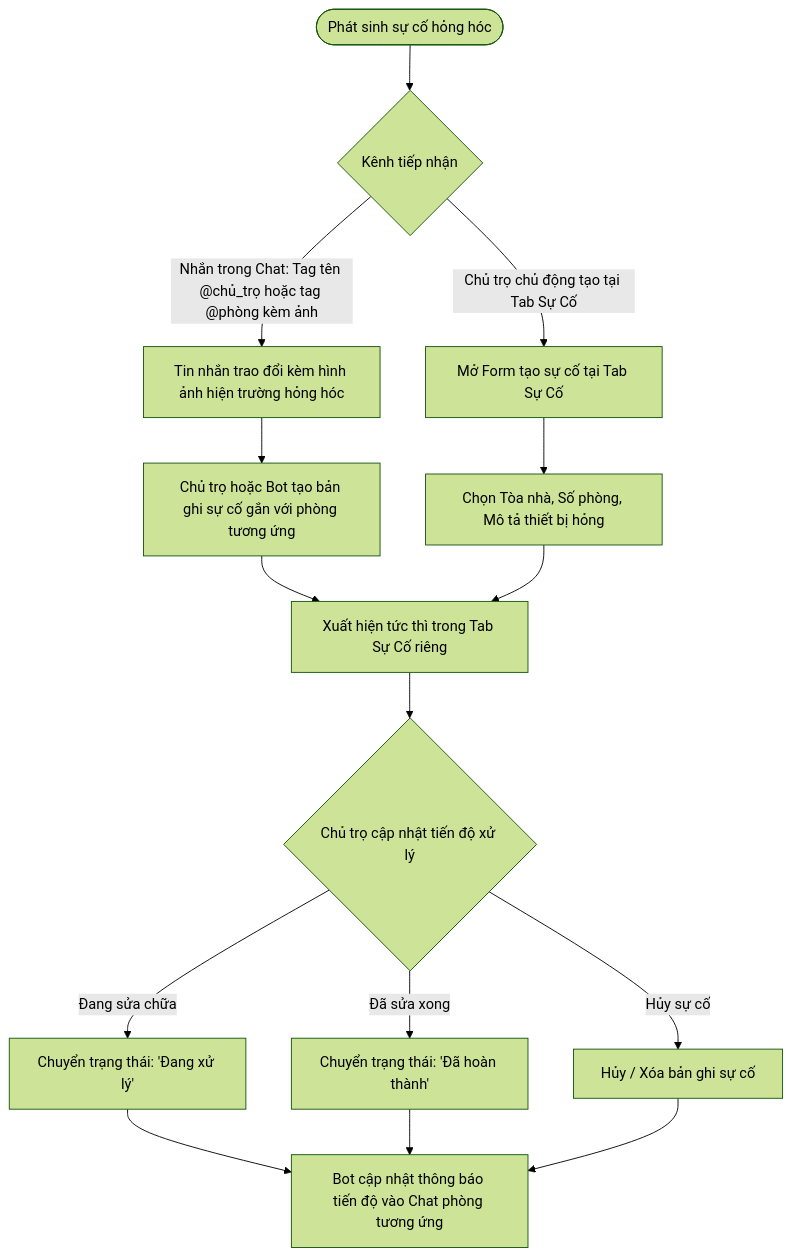
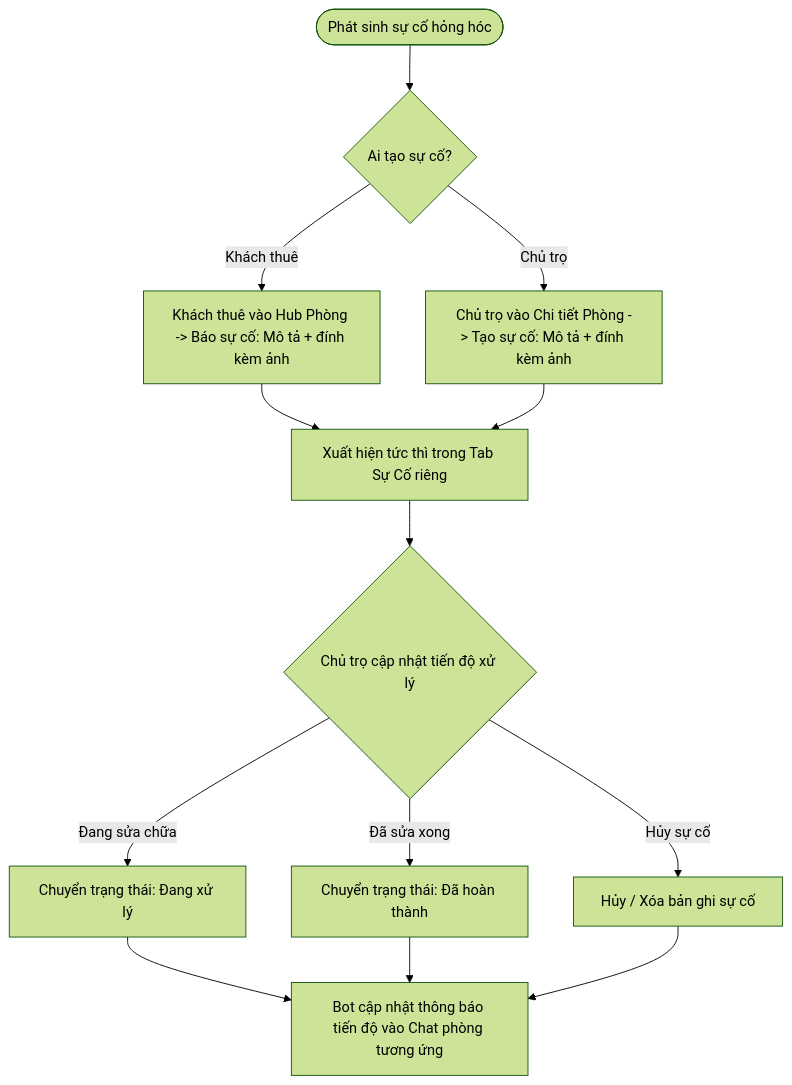
One commit to pbl6-home-renter/docs changed the seventh of 8 diagrams in phase-1/discovery/user_flow/landlord_user_flow.md. Above: the diagram before and after it, drawn with Mermaid (forest theme). The commit also changed other lines of this file and 6 other files, not shown here.

````diff
--- a/phase-1/discovery/user_flow/landlord_user_flow.md
+++ b/phase-1/discovery/user_flow/landlord_user_flow.md
@@ -246,24 +228,22 @@
 ```mermaid
 flowchart TD
-    StartIssue([Phát sinh sự cố hỏng hóc]) --> ReportChannel{Kênh tiếp nhận}
+    StartIssue([Phát sinh sự cố hỏng hóc]) --> ReportChannel{Ai tạo sự cố?}
     
-    %% Tiếp nhận qua Chat bằng Tag tên / Tag phòng
-    ReportChannel -->|Nhắn trong Chat: Tag tên @chủ_trọ hoặc tag @phòng kèm ảnh| ChatMessage[Tin nhắn trao đổi kèm hình ảnh hiện trường hỏng hóc]
-    ChatMessage --> CreateFromChat[Chủ trọ hoặc Bot tạo bản ghi sự cố gắn với phòng tương ứng]
-    CreateFromChat --> SyncToIssueTab[Xuất hiện tức thì trong Tab Sự Cố riêng]
+    %% Khách thuê tạo từ Hub Phòng
+    ReportChannel -->|Khách thuê| TenantReport[Khách thuê vào Hub Phòng -> Báo sự cố: Mô tả + đính kèm ảnh]
+    TenantReport --> SyncToIssueTab[Xuất hiện tức thì trong Tab Sự Cố riêng]
     
-    %% Tiếp nhận trực tiếp tại Tab Sự Cố
-    ReportChannel -->|Chủ trọ chủ động tạo tại Tab Sự Cố| FormIssue[Mở Form tạo sự cố tại Tab Sự Cố]
-    FormIssue --> InputIssueData[Chọn Tòa nhà, Số phòng, Mô tả thiết bị hỏng]
-    InputIssueData --> SyncToIssueTab
+    %% Chủ trọ tạo từ Hub Phòng
+    ReportChannel -->|Chủ trọ| LandlordReport[Chủ trọ vào Chi tiết Phòng -> Tạo sự cố: Mô tả + đính kèm ảnh]
+    LandlordReport --> SyncToIssueTab
     
     %% Xử lý tại Tab Sự Cố
     SyncToIssueTab --> ProcessIssue{Chủ trọ cập nhật tiến độ xử lý}
-    ProcessIssue -->|Đang sửa chữa| SetProgress[Chuyển trạng thái: 'Đang xử lý']
-    ProcessIssue -->|Đã sửa xong| SetResolved[Chuyển trạng thái: 'Đã hoàn thành']
+    ProcessIssue -->|Đang sửa chữa| SetProgress[Chuyển trạng thái: Đang xử lý]
+    ProcessIssue -->|Đã sửa xong| SetResolved[Chuyển trạng thái: Đã hoàn thành]
     ProcessIssue -->|Hủy sự cố| SetCancelled[Hủy / Xóa bản ghi sự cố]
     
     SetProgress --> UpdateChatNoti[Bot cập nhật thông báo tiến độ vào Chat phòng tương ứng]
     SetResolved --> UpdateChatNoti
     SetCancelled --> UpdateChatNoti
 ```
````
